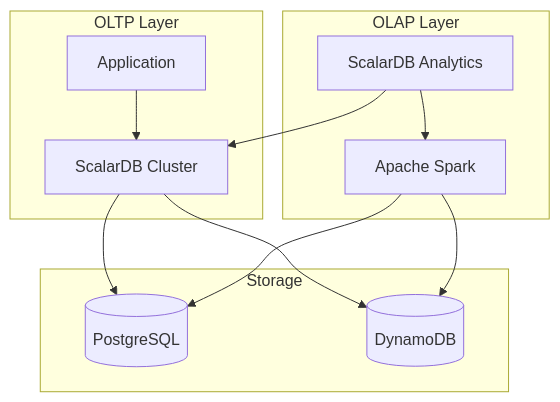
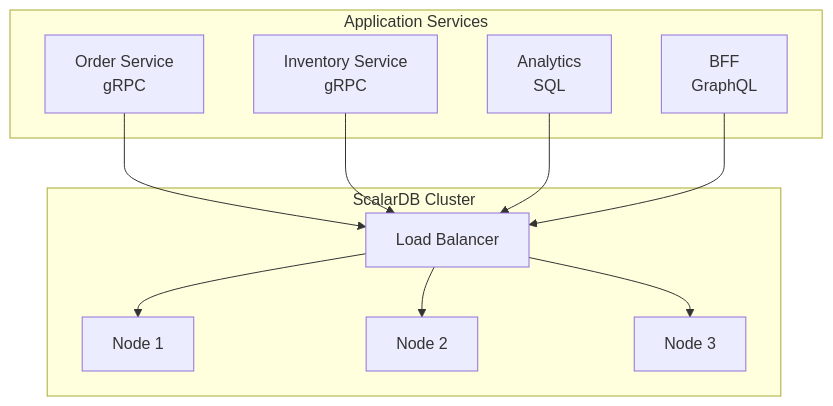
One commit to runkids/claude-skill-registry changed the first of 2 diagrams in skills/data/design-scalardb/SKILL.md. Above: the diagram before and after it, drawn with Mermaid. The commit also changed other lines of this file and 17994 other files, not shown here.

````diff
--- a/skills/data/design-scalardb/SKILL.md
+++ b/skills/data/design-scalardb/SKILL.md
@@ -427,26 +167,24 @@
 ```mermaid
 graph TB
-    subgraph "OLTP Layer"
-        App[Application]
-        Cluster[ScalarDB Cluster]
+    subgraph "Application Services"
+        A[Order Service<br/>gRPC]
+        B[Inventory Service<br/>gRPC]
+        C[Analytics<br/>SQL]
+        D[BFF<br/>GraphQL]
     end
 
-    subgraph "OLAP Layer"
-        Analytics[ScalarDB Analytics]
-        Spark[Apache Spark]
+    subgraph "ScalarDB Cluster"
+        LB[Load Balancer]
+        N1[Node 1]
+        N2[Node 2]
+        N3[Node 3]
     end
 
-    subgraph "Storage"
-        DB1[(PostgreSQL)]
-        DB2[(DynamoDB)]
-    end
-
-    App --> Cluster
-    Cluster --> DB1
-    Cluster --> DB2
-
-    Analytics --> Cluster
-    Analytics --> Spark
-    Spark --> DB1
-    Spark --> DB2
+    A --> LB
+    B --> LB
+    C --> LB
+    D --> LB
+    LB --> N1
+    LB --> N2
+    LB --> N3
 ```
````
